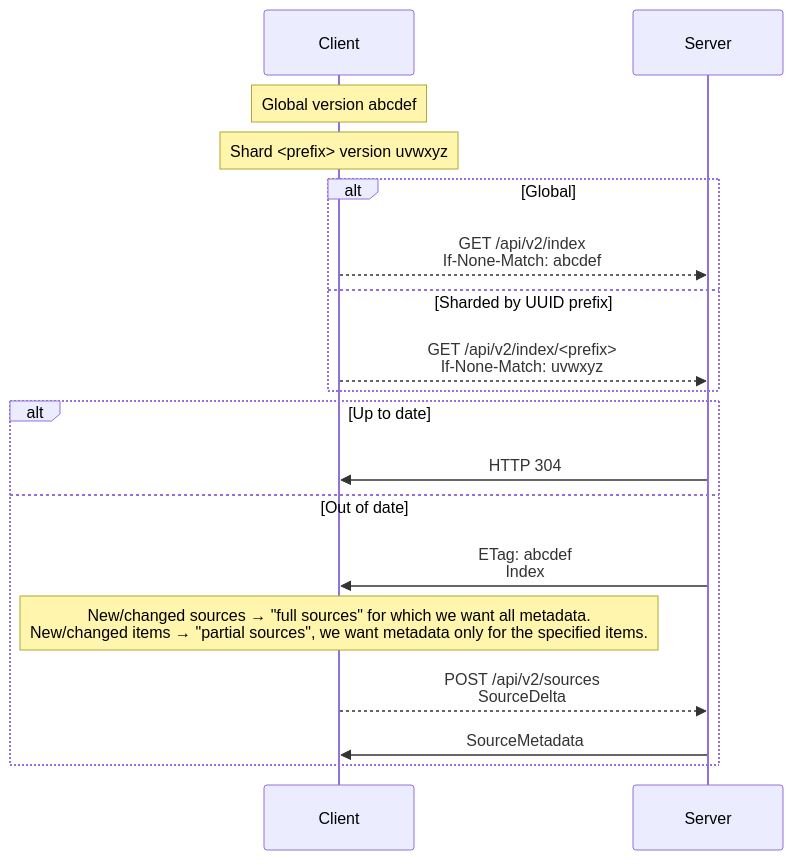
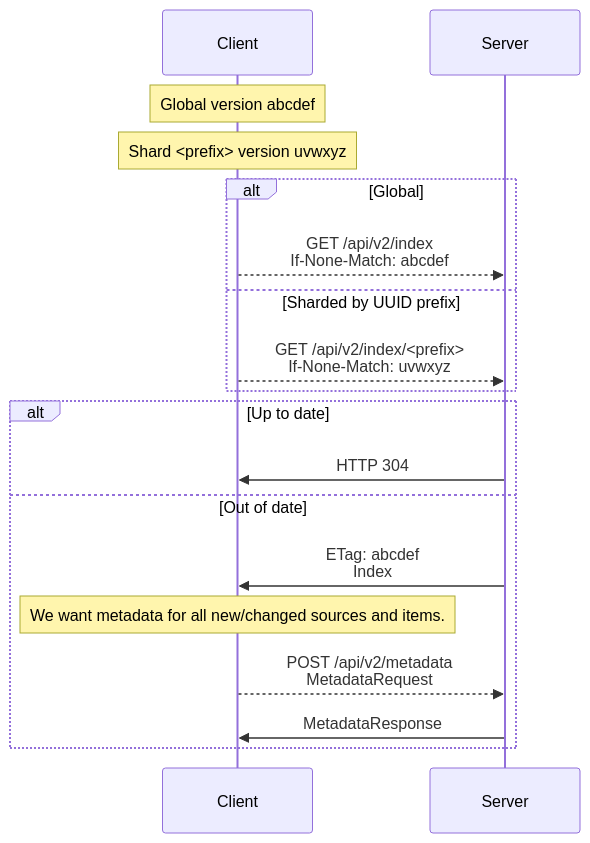
One commit to ppker/securedrop changed the second of 2 diagrams in securedrop/journalist_app/api2/README.md. Above: the diagram before and after it, drawn with Mermaid. The commit also changed other lines of this file and 2 other files, not shown here.

Commit message:
refactor: generalize "/index" and "/metadata" to flat collections
Once the index loses the source/collection hierarchy, the client has no
way to "hint" the server in what source's collection to find a given
item.  There are other index structures that could provide this hint,
but it's simpler just to scan the Submission and Reply tables directly
(without any relationships to eager-load) for the set of item UUIDs
requested by the client.

As a bonus, the dataclasses provide sufficient structural validation of
incoming requests.

````diff
--- a/securedrop/journalist_app/api2/README.md
+++ b/securedrop/journalist_app/api2/README.md
@@ -41,23 +41,23 @@
 ```mermaid
 sequenceDiagram
 participant Client
 participant Server
 
 Note over Client: Global version abcdef
 Note over Client: Shard <prefix> version uvwxyz
 
 alt Global
     Client -->> Server: GET /api/v2/index<br>If-None-Match: abcdef
 else Sharded by UUID prefix
     Client -->> Server: GET /api/v2/index/<prefix><br>If-None-Match: uvwxyz
 end
 
 alt Up to date
     Server ->> Client: HTTP 304
 else Out of date
     Server ->> Client: ETag: abcdef<br>Index
-    Note over Client: New/changed sources → "full sources" for which we want all metadata.<br>New/changed items → "partial sources",  we want metadata only for the specified items.
-    Client -->> Server: POST /api/v2/sources<br>SourceDelta
-    Server ->> Client: SourceMetadata
+    Note over Client: We want metadata for all new/changed sources and items.
+    Client -->> Server: POST /api/v2/metadata<br>MetadataRequest
+    Server ->> Client: MetadataResponse
 end
 ```
````
